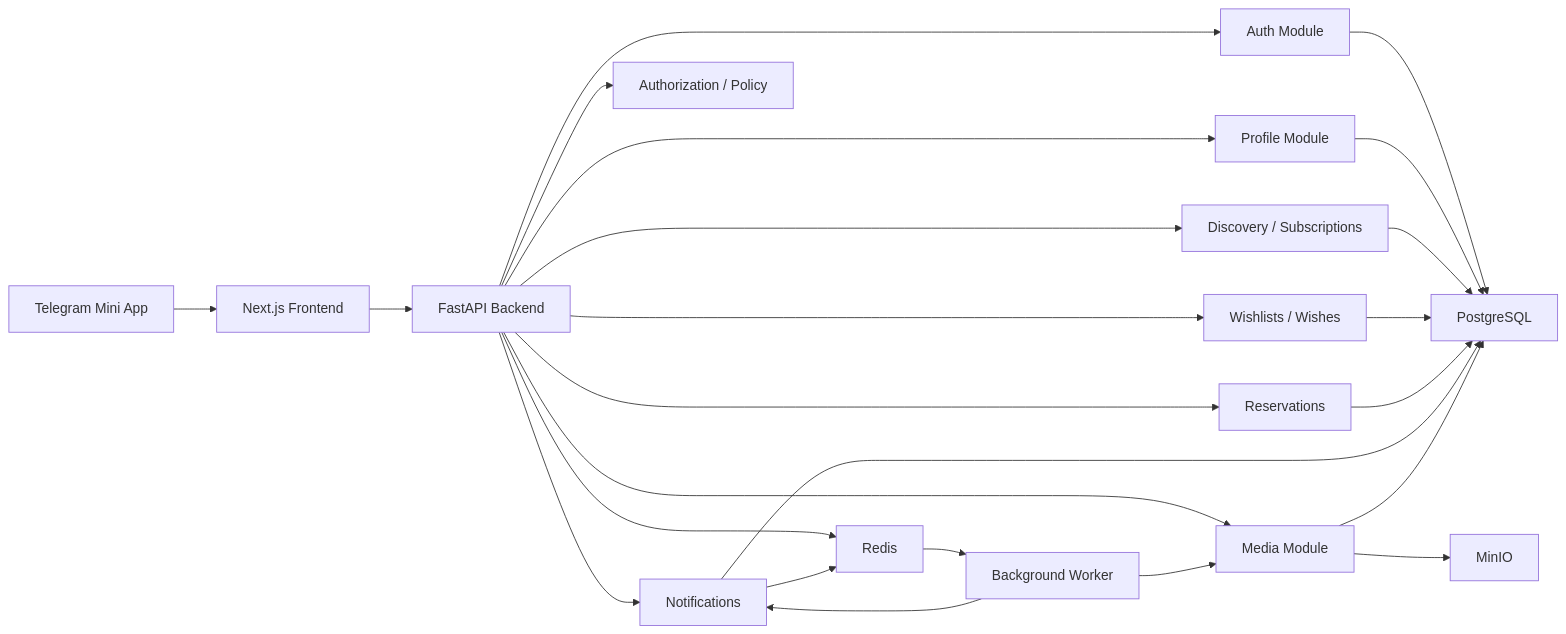
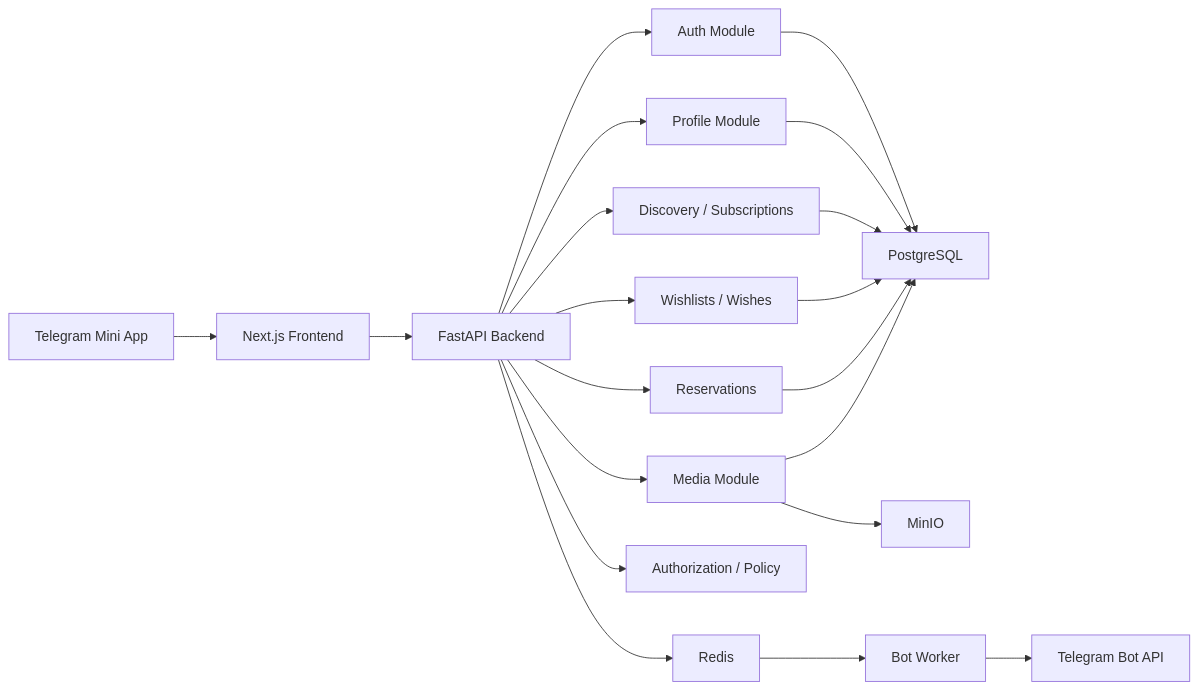
The diagram in docs/INFRASTRUCTURE.md (anxchywl/Wished), drawn with Mermaid before and after one commit. The commit also changed other lines of this file and 7 other files, not shown here.

````diff
--- a/docs/INFRASTRUCTURE.md
+++ b/docs/INFRASTRUCTURE.md
@@ -250,30 +154,25 @@
 ```mermaid
 flowchart LR
   TG["Telegram Mini App"] --> FE["Next.js Frontend"]
   FE --> API["FastAPI Backend"]
 
   API --> AUTH["Auth Module"]
   API --> PROFILE["Profile Module"]
   API --> DISCOVERY["Discovery / Subscriptions"]
   API --> WISH["Wishlists / Wishes"]
   API --> RSV["Reservations"]
-  API --> NOTIF["Notifications"]
   API --> MEDIA["Media Module"]
   API --> POLICY["Authorization / Policy"]
 
   AUTH --> PG["PostgreSQL"]
   PROFILE --> PG
   DISCOVERY --> PG
   WISH --> PG
   RSV --> PG
-  NOTIF --> PG
   MEDIA --> PG
+  MEDIA --> MINIO["MinIO"]
 
   API --> REDIS["Redis"]
-  NOTIF --> REDIS
-  MEDIA --> MINIO["MinIO"]
-
-  REDIS --> WORKER["Background Worker"]
-  WORKER --> NOTIF
-  WORKER --> MEDIA
+  REDIS --> WORKER["Bot Worker"]
+  WORKER --> TG_API["Telegram Bot API"]
 ```
````
